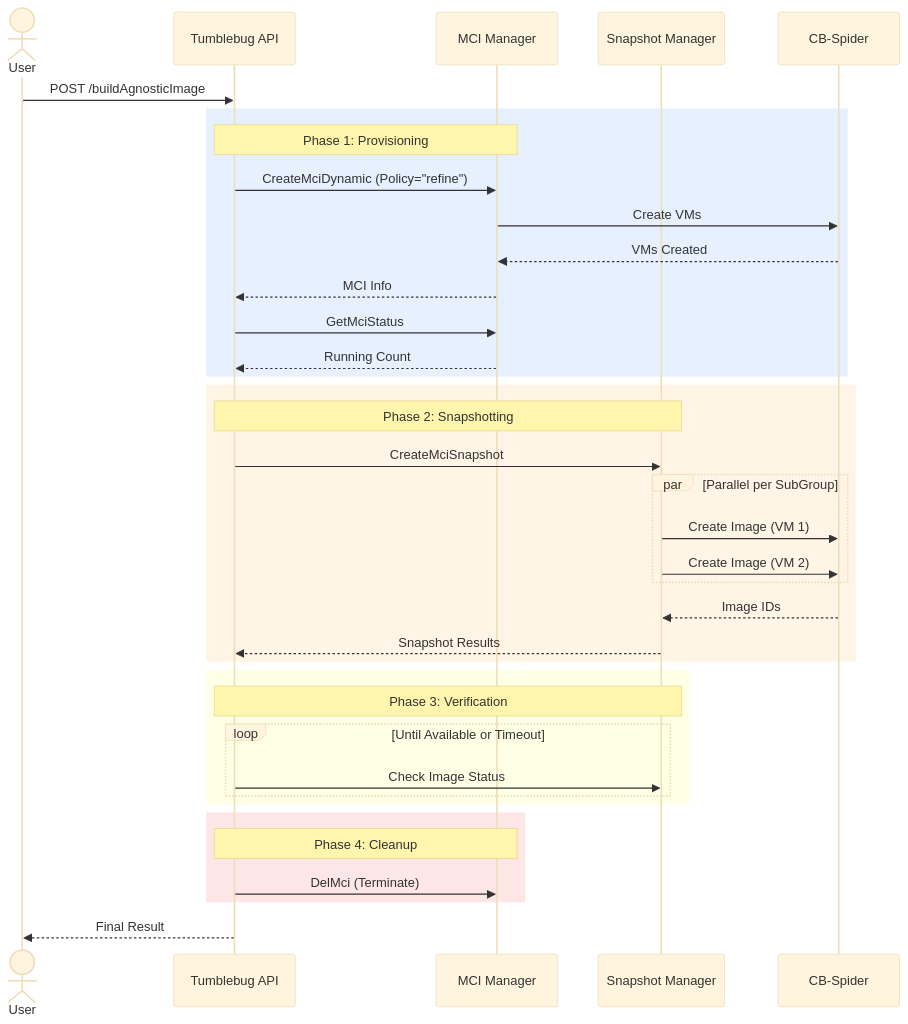
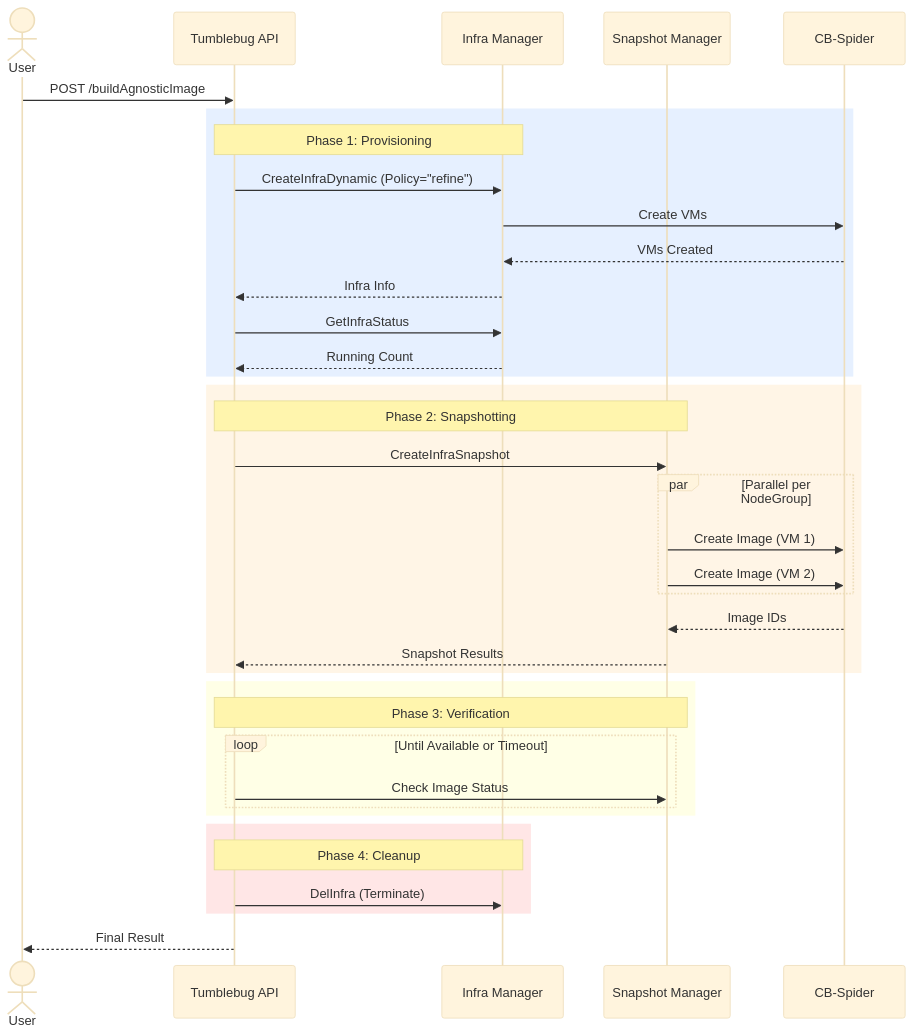
One commit to cloud-barista/cb-tumblebug changed the first of 4 diagrams in docs/feature_guide/cloud-agnostic-image.md. Above: the diagram before and after it, drawn with Mermaid (base theme). The commit also changed other lines of this file and 197 other files, not shown here.

Commit message:
Refactor MIC and SubGroup to Infra and NodeGroup

````diff
--- a/docs/feature_guide/cloud-agnostic-image.md
+++ b/docs/feature_guide/cloud-agnostic-image.md
@@ -75,48 +75,48 @@
 ```mermaid
 sequenceDiagram
     actor User
     participant API as Tumblebug API
-    participant MCI as MCI Manager
+    participant Infra as Infra Manager
     participant Snap as Snapshot Manager
     participant Spider as CB-Spider
     
     User->>API: POST /buildAgnosticImage
     
     rect rgb(230, 240, 255)
-        Note over API,MCI: Phase 1: Provisioning
-        API->>MCI: CreateMciDynamic (Policy="refine")
-        MCI->>Spider: Create VMs
-        Spider-->>MCI: VMs Created
-        MCI-->>API: MCI Info
+        Note over API,Infra: Phase 1: Provisioning
+        API->>Infra: CreateInfraDynamic (Policy="refine")
+        Infra->>Spider: Create VMs
+        Spider-->>Infra: VMs Created
+        Infra-->>API: Infra Info
         
-        API->>MCI: GetMciStatus
-        MCI-->>API: Running Count
+        API->>Infra: GetInfraStatus
+        Infra-->>API: Running Count
     end
     
     rect rgb(255, 245, 230)
         Note over API,Snap: Phase 2: Snapshotting
-        API->>Snap: CreateMciSnapshot
+        API->>Snap: CreateInfraSnapshot
         
-        par Parallel per SubGroup
+        par Parallel per NodeGroup
             Snap->>Spider: Create Image (VM 1)
             Snap->>Spider: Create Image (VM 2)
         end
         
         Spider-->>Snap: Image IDs
         Snap-->>API: Snapshot Results
     end
     
     rect rgb(255, 255, 230)
         Note over API,Snap: Phase 3: Verification
         loop Until Available or Timeout
             API->>Snap: Check Image Status
         end
     end
     
     rect rgb(255, 230, 230)
-        Note over API,MCI: Phase 4: Cleanup
-        API->>MCI: DelMci (Terminate)
+        Note over API,Infra: Phase 4: Cleanup
+        API->>Infra: DelInfra (Terminate)
     end
     
     API-->>User: Final Result
 ```
````
